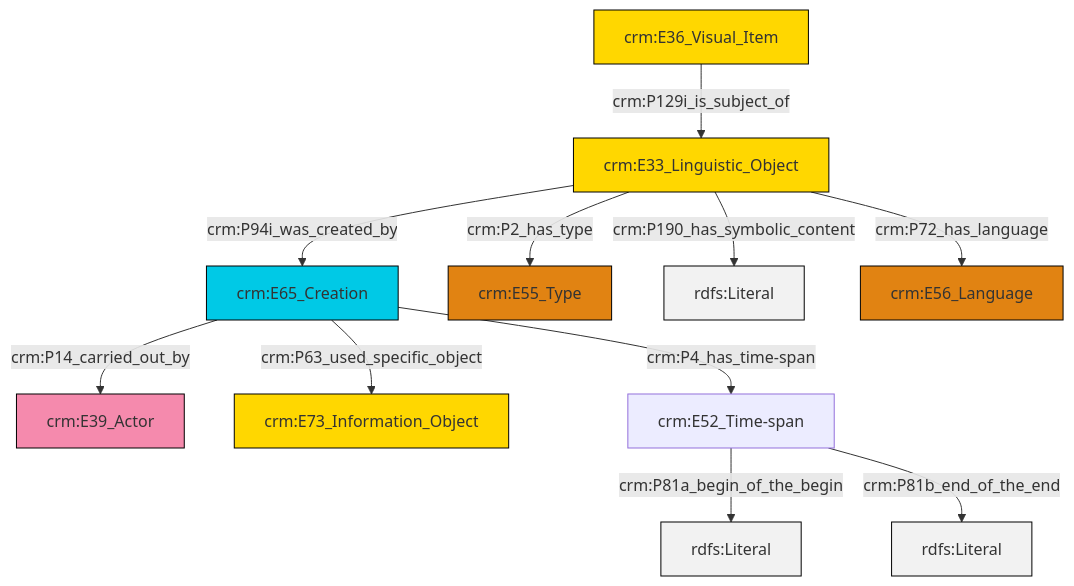
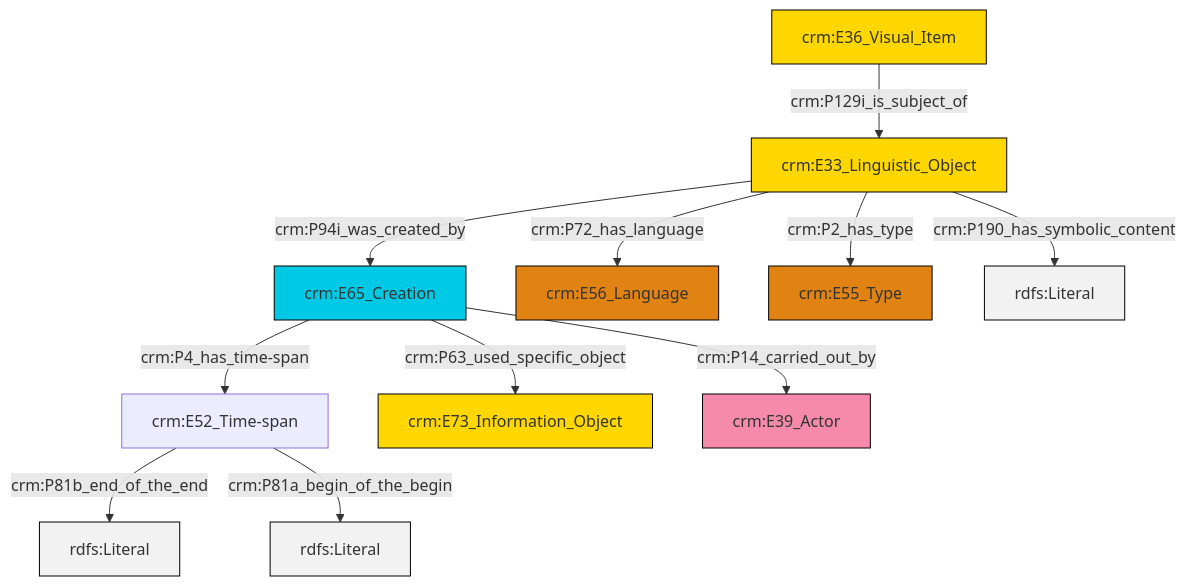
Before and after one commit to swiss-art-research-net/docs.swissartresearch: the diagram in et/imgCSV/ttl/mmd/img_desc.ttl.mmd, drawn with Mermaid. The commit also changed 174 other files, not shown here.

```diff
--- a/et/imgCSV/ttl/mmd/img_desc.ttl.mmd
+++ b/et/imgCSV/ttl/mmd/img_desc.ttl.mmd
@@ -1,25 +1,25 @@
 graph TD
 classDef Literal fill:#f2f2f2,stroke:#000000;
 classDef CRM_Entity fill:#FFFFFF,stroke:#000000;
 classDef Temporal_Entity fill:#00C9E6, stroke:#000000;
 classDef Type fill:#E18312, stroke:#000000;
 classDef Time-Span fill:#2C9C91, stroke:#000000;
 classDef Appellation fill:#FFEB7F, stroke:#000000;
 classDef Place fill:#008836, stroke:#000000;
 classDef Persistent_Item fill:#B266B2, stroke:#000000;
 classDef Conceptual_Object fill:#FFD700, stroke:#000000;
 classDef Physical_Thing fill:#D2B48C, stroke:#000000;
 classDef Actor fill:#f58aad, stroke:#000000;
 classDef PC_Classes fill:#4ce600, stroke:#000000;
 classDef Multi fill:#cccccc,stroke:#000000;
 
-0["crm:E33_Linguistic_Object"]:::Conceptual_Object -->|crm:P94i_was_created_by| 1["crm:E65_Creation"]:::Temporal_Entity
-9["crm:E52_Time-span"]:::Default -->|crm:P81a_begin_of_the_begin| 10[rdfs:Literal]:::Literal
-1["crm:E65_Creation"]:::Temporal_Entity -->|crm:P4_has_time-span| 9["crm:E52_Time-span"]:::Default
-0["crm:E33_Linguistic_Object"]:::Conceptual_Object -->|crm:P190_has_symbolic_content| 11[rdfs:Literal]:::Literal
-9["crm:E52_Time-span"]:::Default -->|crm:P81b_end_of_the_end| 13[rdfs:Literal]:::Literal
-1["crm:E65_Creation"]:::Temporal_Entity -->|crm:P14_carried_out_by| 4["crm:E39_Actor"]:::Actor
-14["crm:E36_Visual_Item"]:::Conceptual_Object -->|crm:P129i_is_subject_of| 0["crm:E33_Linguistic_Object"]:::Conceptual_Object
-0["crm:E33_Linguistic_Object"]:::Conceptual_Object -->|crm:P72_has_language| 16["crm:E56_Language"]:::Type
-0["crm:E33_Linguistic_Object"]:::Conceptual_Object -->|crm:P2_has_type| 2["crm:E55_Type"]:::Type
-1["crm:E65_Creation"]:::Temporal_Entity -->|crm:P63_used_specific_object| 6["crm:E73_Information_Object"]:::Conceptual_Object
+0["crm:E65_Creation"]:::Temporal_Entity -->|crm:P4_has_time-span| 1["crm:E52_Time-span"]:::Default
+2["crm:E33_Linguistic_Object"]:::Conceptual_Object -->|crm:P72_has_language| 3["crm:E56_Language"]:::Type
+1["crm:E52_Time-span"]:::Default -->|crm:P81b_end_of_the_end| 4[rdfs:Literal]:::Literal
+2["crm:E33_Linguistic_Object"]:::Conceptual_Object -->|crm:P2_has_type| 5["crm:E55_Type"]:::Type
+2["crm:E33_Linguistic_Object"]:::Conceptual_Object -->|crm:P94i_was_created_by| 0["crm:E65_Creation"]:::Temporal_Entity
+0["crm:E65_Creation"]:::Temporal_Entity -->|crm:P63_used_specific_object| 10["crm:E73_Information_Object"]:::Conceptual_Object
+0["crm:E65_Creation"]:::Temporal_Entity -->|crm:P14_carried_out_by| 12["crm:E39_Actor"]:::Actor
+14["crm:E36_Visual_Item"]:::Conceptual_Object -->|crm:P129i_is_subject_of| 2["crm:E33_Linguistic_Object"]:::Conceptual_Object
+2["crm:E33_Linguistic_Object"]:::Conceptual_Object -->|crm:P190_has_symbolic_content| 15[rdfs:Literal]:::Literal
+1["crm:E52_Time-span"]:::Default -->|crm:P81a_begin_of_the_begin| 17[rdfs:Literal]:::Literal
```
